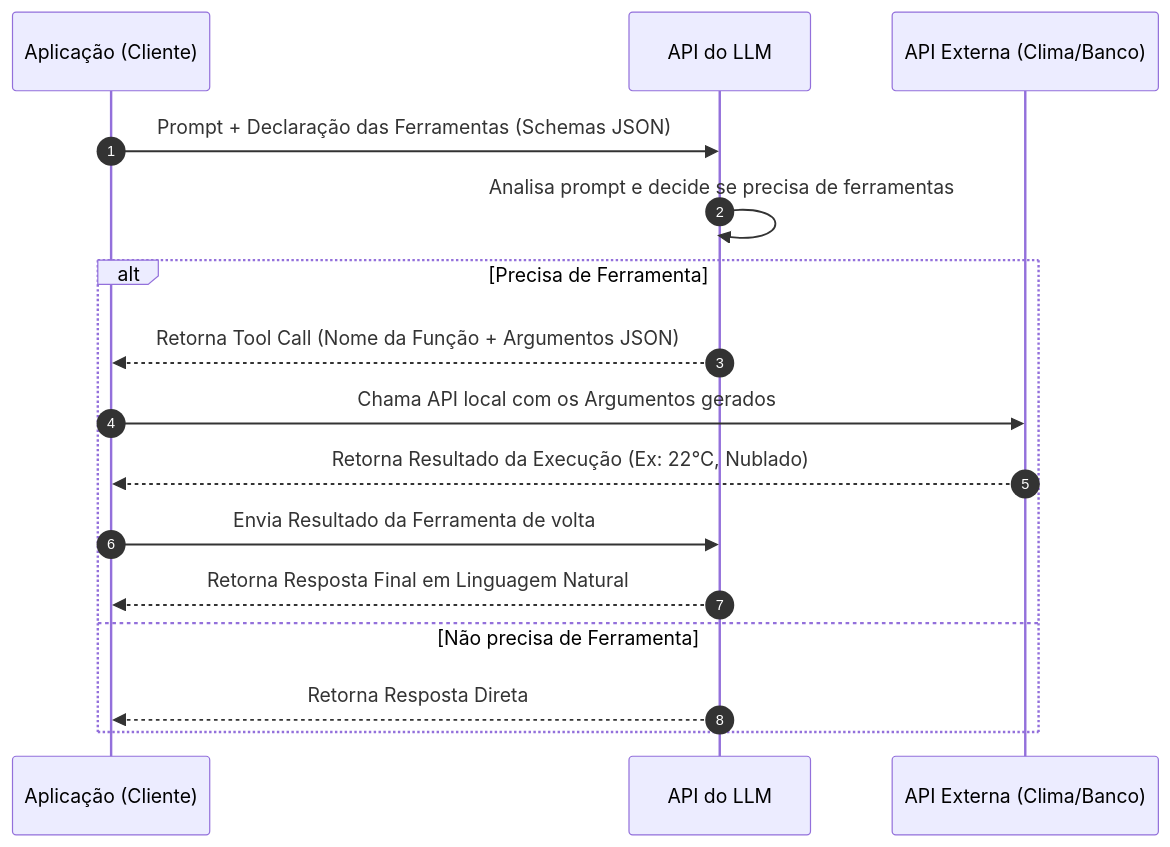
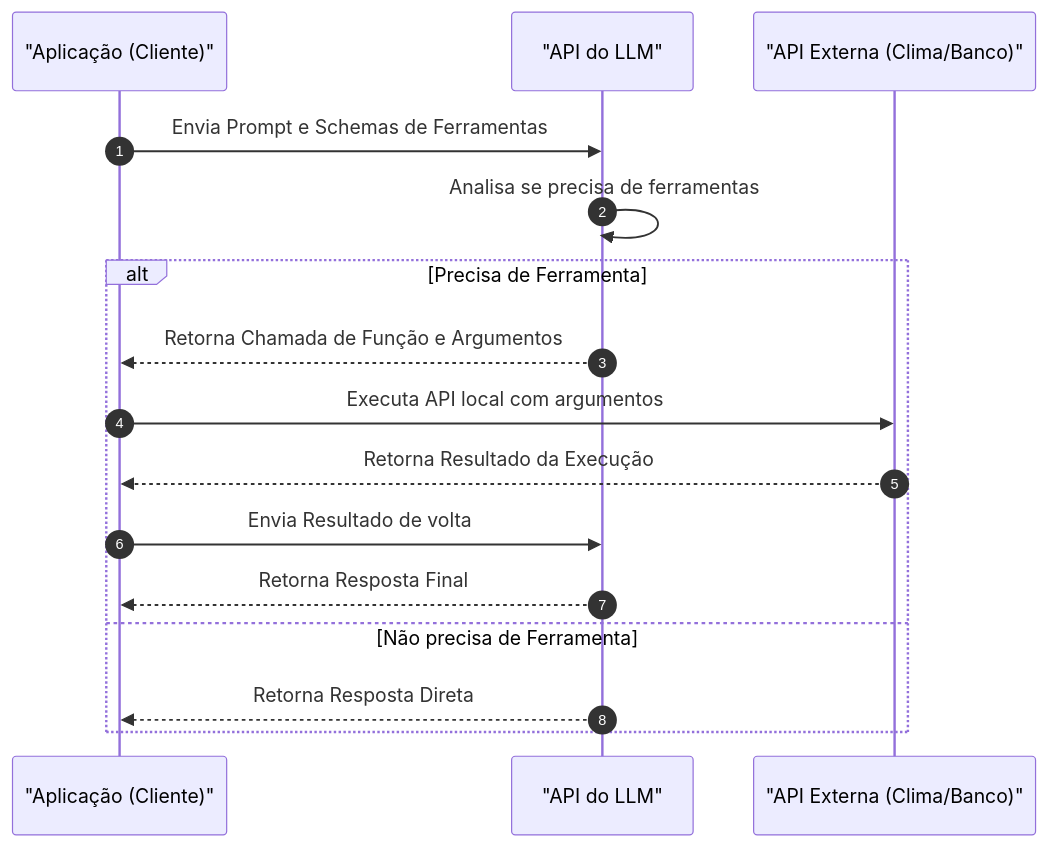
One commit to gsantosc18/so-resta-estudar changed the diagram in ai-development/03-agentic-systems/02-function-calling-and-tools.md. Above: the diagram before and after it, drawn with Mermaid. The commit also changed 6 other files, not shown here.

Commit message:
style: standardize Mermaid diagram node labels and streamline sequence descriptions across documentation files

````diff
--- a/ai-development/03-agentic-systems/02-function-calling-and-tools.md
+++ b/ai-development/03-agentic-systems/02-function-calling-and-tools.md
@@ -19,19 +19,19 @@
 ```mermaid
 sequenceDiagram
     autonumber
-    participant App as Aplicação (Cliente)
-    participant LLM as API do LLM
-    participant API as API Externa (Clima/Banco)
+    participant App as "Aplicação (Cliente)"
+    participant LLM as "API do LLM"
+    participant API as "API Externa (Clima/Banco)"
 
-    App->>LLM: Prompt + Declaração das Ferramentas (Schemas JSON)
-    LLM->>LLM: Analisa prompt e decide se precisa de ferramentas
+    App->>LLM: Envia Prompt e Schemas de Ferramentas
+    LLM->>LLM: Analisa se precisa de ferramentas
     alt Precisa de Ferramenta
-        LLM-->>App: Retorna Tool Call (Nome da Função + Argumentos JSON)
-        App->>API: Chama API local com os Argumentos gerados
-        API-->>App: Retorna Resultado da Execução (Ex: 22°C, Nublado)
-        App->>LLM: Envia Resultado da Ferramenta de volta
-        LLM-->>App: Retorna Resposta Final em Linguagem Natural
+        LLM-->>App: Retorna Chamada de Função e Argumentos
+        App->>API: Executa API local com argumentos
+        API-->>App: Retorna Resultado da Execução
+        App->>LLM: Envia Resultado de volta
+        LLM-->>App: Retorna Resposta Final
     else Não precisa de Ferramenta
         LLM-->>App: Retorna Resposta Direta
     end
 ```
````
